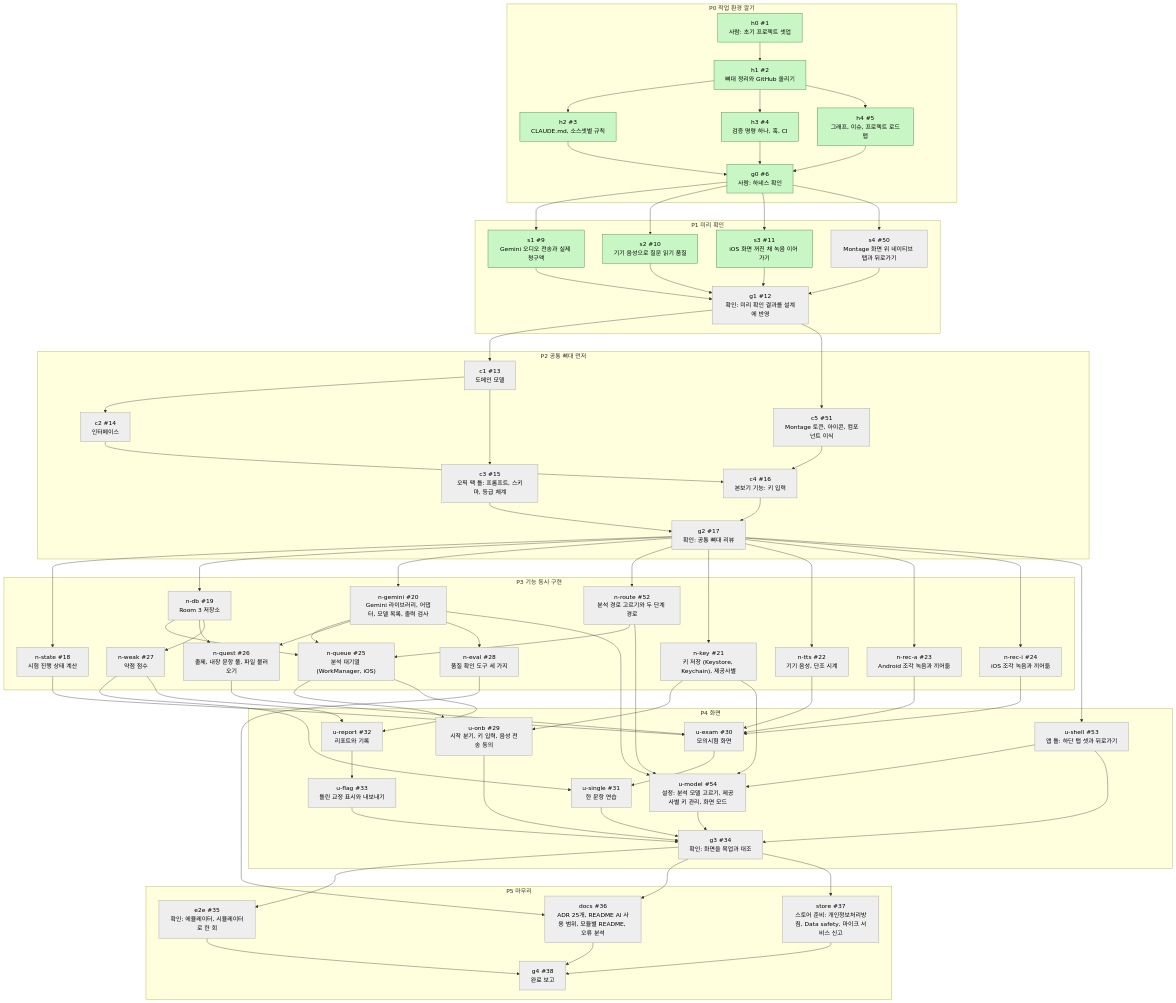
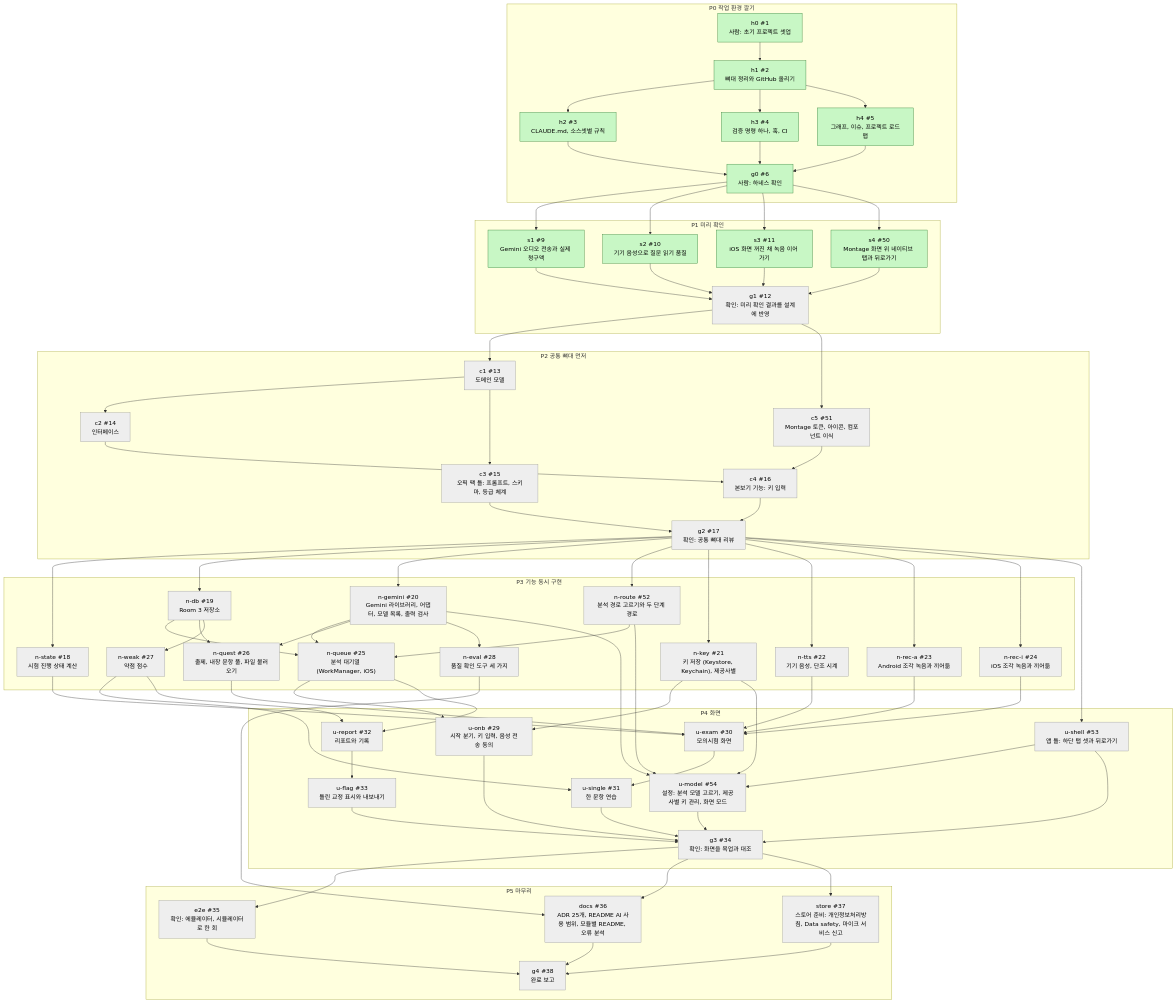
The first of 2 diagrams in docs/graph/dev-graph.md (nosorae/AiOpicSelfStudy), drawn with Mermaid before and after one commit. The commit also changed other lines of this file and 26 other files, not shown here.

````diff
--- a/docs/graph/dev-graph.md
+++ b/docs/graph/dev-graph.md
@@ -127,9 +127,9 @@
   docs --> g4
   store --> g4
   classDef todo fill:#eeeeee,stroke:#999999,color:#000
-  class s4,g1,c1,c2,c3,c5,c4,g2,n_state,n_db,n_gemini,n_route,n_key,n_tts,n_rec_a,n_rec_i,n_queue,n_quest,n_weak,n_eval,u_onb,u_shell,u_exam,u_single,u_report,u_flag,u_model,g3,e2e,docs,store,g4 todo
+  class g1,c1,c2,c3,c5,c4,g2,n_state,n_db,n_gemini,n_route,n_key,n_tts,n_rec_a,n_rec_i,n_queue,n_quest,n_weak,n_eval,u_onb,u_shell,u_exam,u_single,u_report,u_flag,u_model,g3,e2e,docs,store,g4 todo
   classDef doing fill:#fff3b0,stroke:#d4a017,color:#000
   classDef done fill:#c8f7c5,stroke:#2e7d32,color:#000
-  class h0,h1,h2,h3,h4,g0,s1,s2,s3 done
+  class h0,h1,h2,h3,h4,g0,s1,s2,s3,s4 done
   classDef blocked fill:#ffcdd2,stroke:#c62828,color:#000
 ```
````
